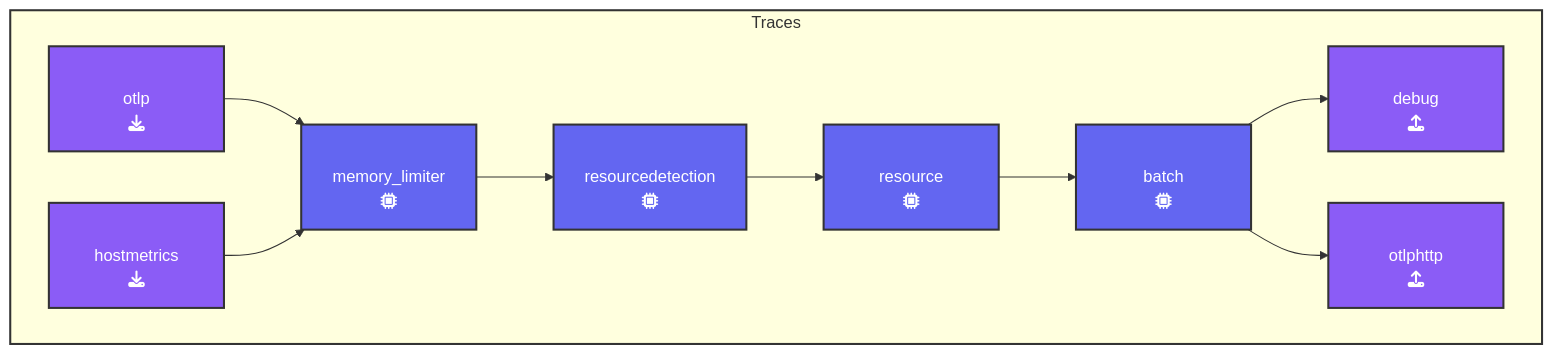
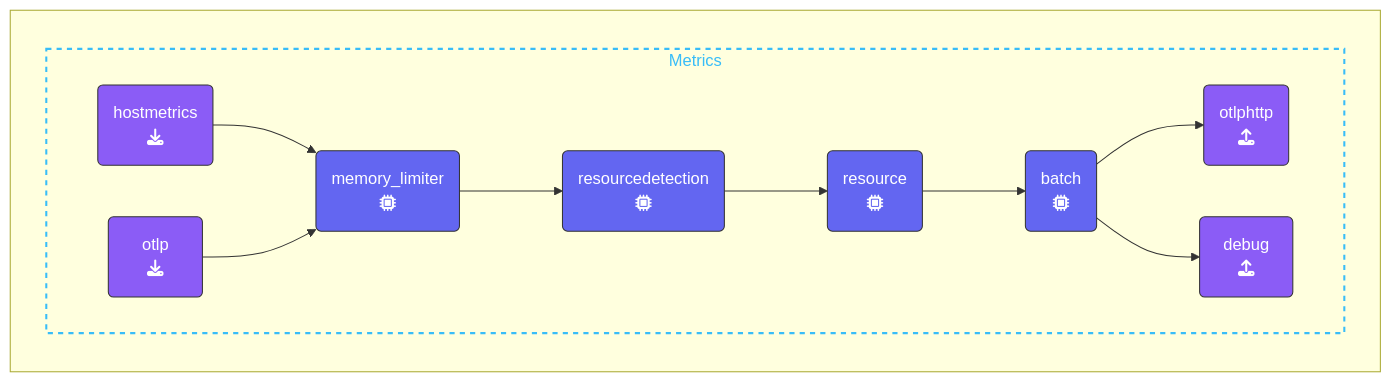
Before and after one commit to splunk/observability-workshop: the diagram in content/en/ninja-workshops/10-advanced-otel/2-gateway/1-test-gateway.md, drawn with Mermaid. The commit also changed other lines of this file, not shown here.

Commit message:
Updated Mermain Chart

````diff
--- a/content/en/ninja-workshops/10-advanced-otel/2-gateway/1-test-gateway.md
+++ b/content/en/ninja-workshops/10-advanced-otel/2-gateway/1-test-gateway.md
@@ -70,30 +70,31 @@
 ```mermaid
+%%{init:{"fontFamily":"monospace"}}%%
 graph LR
-  subgraph box[Traces]
-    direction LR
     %% Nodes
-      A[otlp<br>fa:fa-download]:::receiver
-      B[hostmetrics<br>fa:fa-download ]:::receiver
-      D[memory_limiter<br>fa:fa-microchip]:::processor
-      E[resource<br>fa:fa-microchip]:::processor
-      F[resourcedetection<br>fa:fa-microchip]:::processor      
-      J[batch<br>fa:fa-microchip]:::processor
-      L[debug<br>fa:fa-upload]:::exporter
-      N[otlphttp<br>fa:fa-upload]:::exporter
-
+      REC1(hostmetrics<br>fa:fa-download):::receiver
+      REC2(&nbsp;&nbsp;&nbsp;&nbsp;otlp&nbsp;&nbsp;&nbsp;&nbsp;<br>fa:fa-download):::receiver
+      PRO1(memory_limiter<br>fa:fa-microchip):::processor
+      PRO2(resourcedetection<br>fa:fa-microchip):::processor
+      PRO3(resource<br>fa:fa-microchip):::processor
+      PRO4(batch<br>fa:fa-microchip):::processor
+      EXP1(otlphttp<br>fa:fa-upload):::exporter
+      EXP2(&ensp;debug&ensp;<br>fa:fa-upload):::exporter
+    %% Links
+    subID1:::sub-metrics
+    subgraph " "
+      subgraph subID1[Metrics]
+      direction LR
+      REC1 --> PRO1
+      REC2 --> PRO1
+      PRO1 --> PRO2
+      PRO2 --> PRO3
+      PRO3 --> PRO4
+      PRO4 --> EXP1
+      PRO4 --> EXP2
+      end
     end
-    %% Links
-      A --> D
-      B --> D
-      D --> F
-      F --> E
-      E --> J
-      J --> L
-      J --> N
-
-classDef receiver fill:#8b5cf6,stroke:#333,stroke-width:2px,padding-left:110px,color:#fff;
-classDef processor fill:#6366f1,stroke:#333,stroke-width:2px,padding-left:110px,color:#fff;
-classDef exporter fill:#8b5cf6,stroke:#333,stroke-width:2px, padding-left:110px,color:#fff;
-classDef connector fill:#00ff7f,stroke:#333,stroke-width:2px, padding-left:110px,color:#fff;
-style box stroke:#333,stroke-width:2px,fill:#f9a9a9a;
+classDef receiver,exporter fill:#8b5cf6,stroke:#333,stroke-width:1px,color:#fff;
+classDef processor fill:#6366f1,stroke:#333,stroke-width:1px,color:#fff;
+classDef con-receive,con-export fill:#45c175,stroke:#333,stroke-width:1px,color:#fff;
+classDef sub-metrics stroke:#38bdf8,stroke-width:2px, color:#38bdf8,stroke-dasharray: 5 5;
 ```
````
